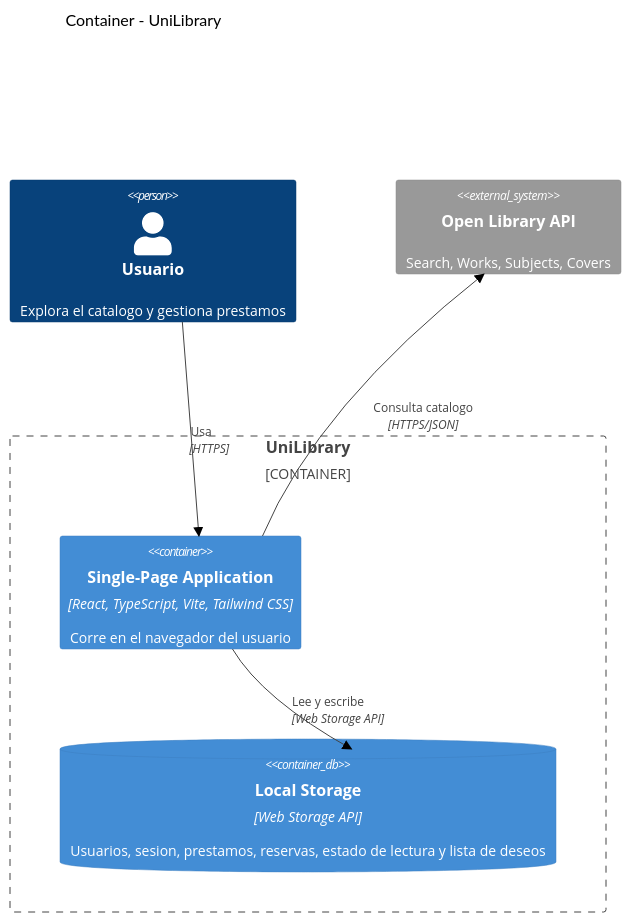
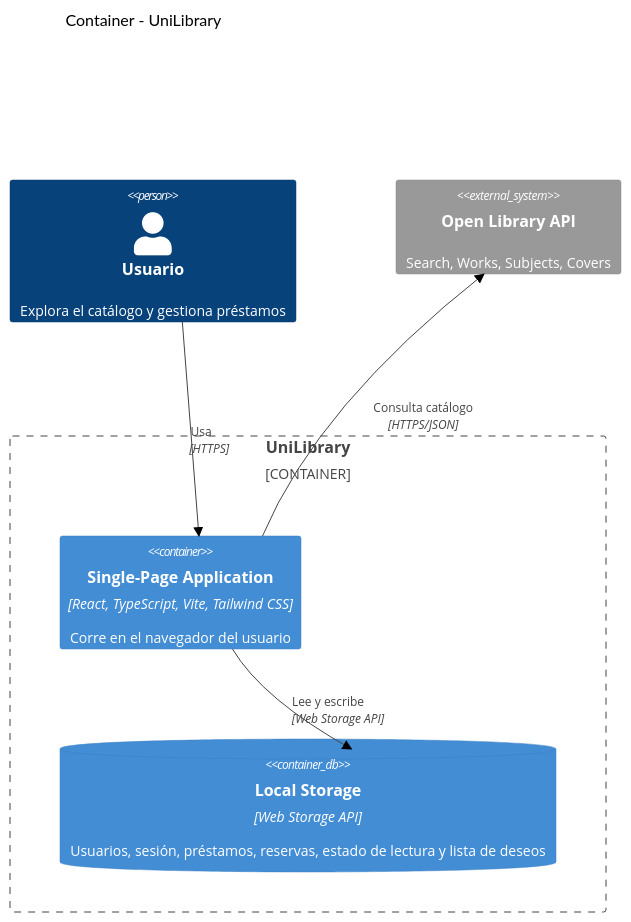
One commit to Jhon6723/capstone-web-dev changed the second of 4 diagrams in docs/architecture/architecture.md. Above: the diagram before and after it, drawn with Mermaid (forest theme). The commit also changed other lines of this file and 4 other files, not shown here.

````diff
--- a/docs/architecture/architecture.md
+++ b/docs/architecture/architecture.md
@@ -29,17 +29,17 @@
 ```mermaid
 C4Container
     title Container - UniLibrary
 
-    Person(user, "Usuario", "Explora el catalogo y gestiona prestamos")
+    Person(user, "Usuario", "Explora el catálogo y gestiona préstamos")
 
     Container_Boundary(unilibrary, "UniLibrary") {
         Container(spa, "Single-Page Application", "React, TypeScript, Vite, Tailwind CSS", "Corre en el navegador del usuario")
-        ContainerDb(storage, "Local Storage", "Web Storage API", "Usuarios, sesion, prestamos, reservas, estado de lectura y lista de deseos")
+        ContainerDb(storage, "Local Storage", "Web Storage API", "Usuarios, sesión, préstamos, reservas, estado de lectura y lista de deseos")
     }
 
     System_Ext(openLibrary, "Open Library API", "Search, Works, Subjects, Covers")
 
     Rel(user, spa, "Usa", "HTTPS")
-    Rel(spa, openLibrary, "Consulta catalogo", "HTTPS/JSON")
+    Rel(spa, openLibrary, "Consulta catálogo", "HTTPS/JSON")
     Rel(spa, storage, "Lee y escribe", "Web Storage API")
 ```
````
